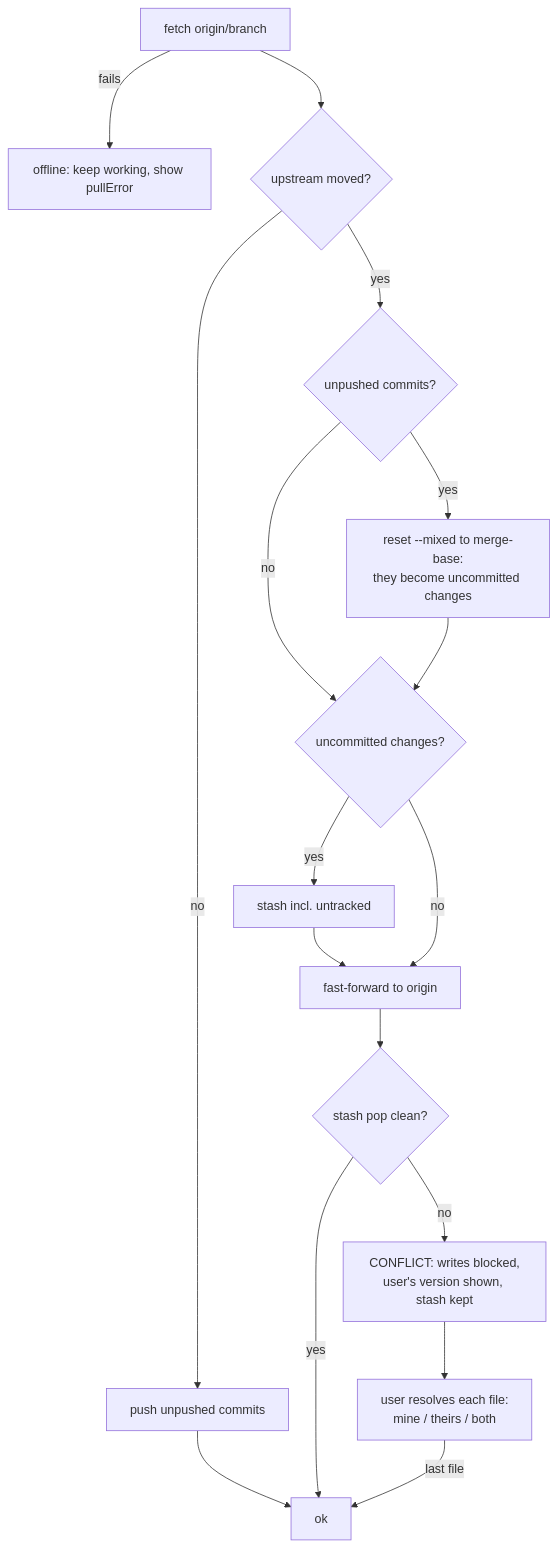
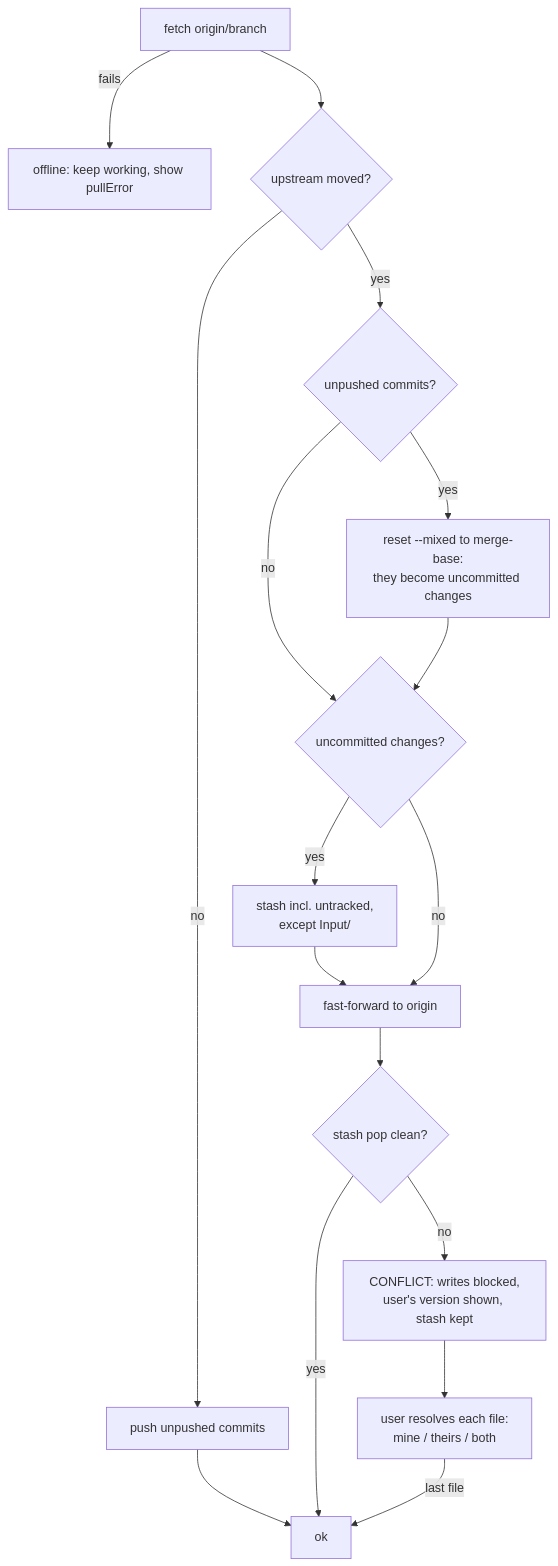
One commit to tillg/karpathy.app changed diagram 20 of 21 in specs/system/domain.md. Above: the diagram before and after it, drawn with Mermaid. The commit also changed other lines of this file and 5 other files, not shown here.

````diff
--- a/specs/system/domain.md
+++ b/specs/system/domain.md
@@ -637,17 +724,17 @@
 ```mermaid
 flowchart TD
   F[fetch origin/branch] -->|fails| OFF[offline: keep working, show pullError]
   F --> M{upstream moved?}
   M -->|no| P[push unpushed commits] --> OK[ok]
   M -->|yes| U{unpushed commits?}
   U -->|yes| R[reset --mixed to merge-base:<br/>they become uncommitted changes]
   U -->|no| S
   R --> S{uncommitted changes?}
-  S -->|yes| ST[stash incl. untracked] --> FF
+  S -->|yes| ST[stash incl. untracked,<br/>except Input/] --> FF
   S -->|no| FF[fast-forward to origin]
   FF --> POP{stash pop clean?}
   POP -->|yes| OK
   POP -->|no| C[CONFLICT: writes blocked,<br/>user's version shown, stash kept]
   C --> RES[user resolves each file:<br/>mine / theirs / both]
   RES -->|last file| OK
 ```
````
